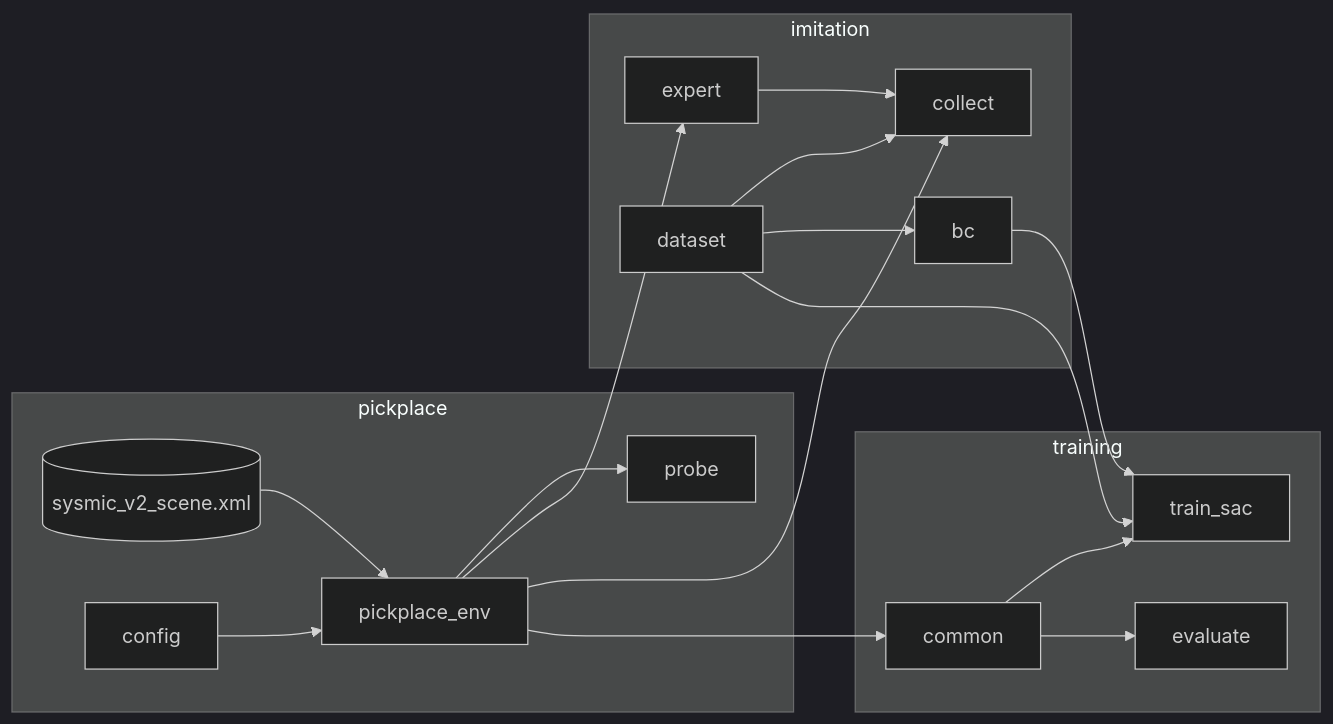
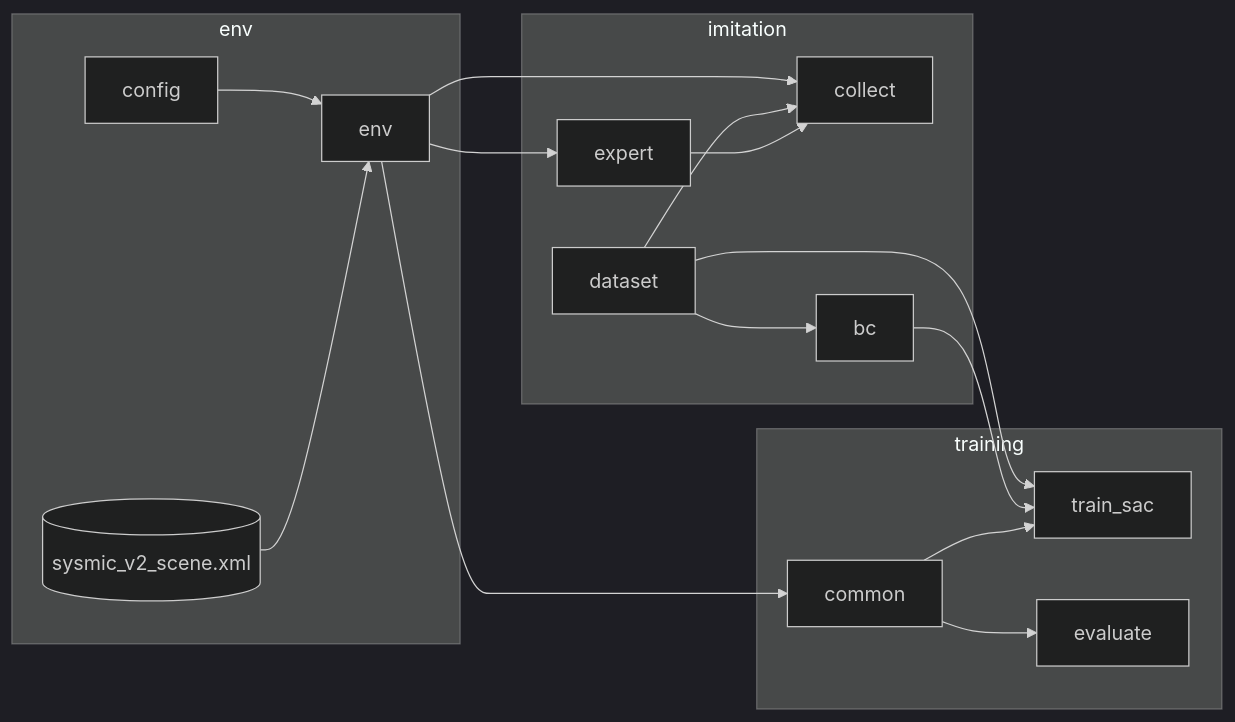
Before and after one commit to ShUbHkHaNdElWaL493/Sysmic-RL: the first of 2 diagrams in README.md, drawn with Mermaid (dark theme). The commit also changed other lines of this file and 15 other files, not shown here.

Commit message:
Renamed pickplace package to env

````diff
--- a/README.md
+++ b/README.md
@@ -88,22 +88,21 @@
 ```mermaid
 flowchart LR
-  subgraph pickplace
-    XML[(sysmic_v2_scene.xml)] --> E[pickplace_env]
+  subgraph env
+    XML[(sysmic_v2_scene.xml)] --> E[env]
     C[config] --> E
-    E --> P[probe]
   end
   subgraph imitation
     X[expert] --> CO[collect]
     D[dataset] --> CO
     D --> BC[bc]
   end
   subgraph training
     CM[common] --> TS[train_sac]
     CM --> EV[evaluate]
   end
   E --> X
   E --> CO
   E --> CM
   BC --> TS
   D --> TS
 ```
````
